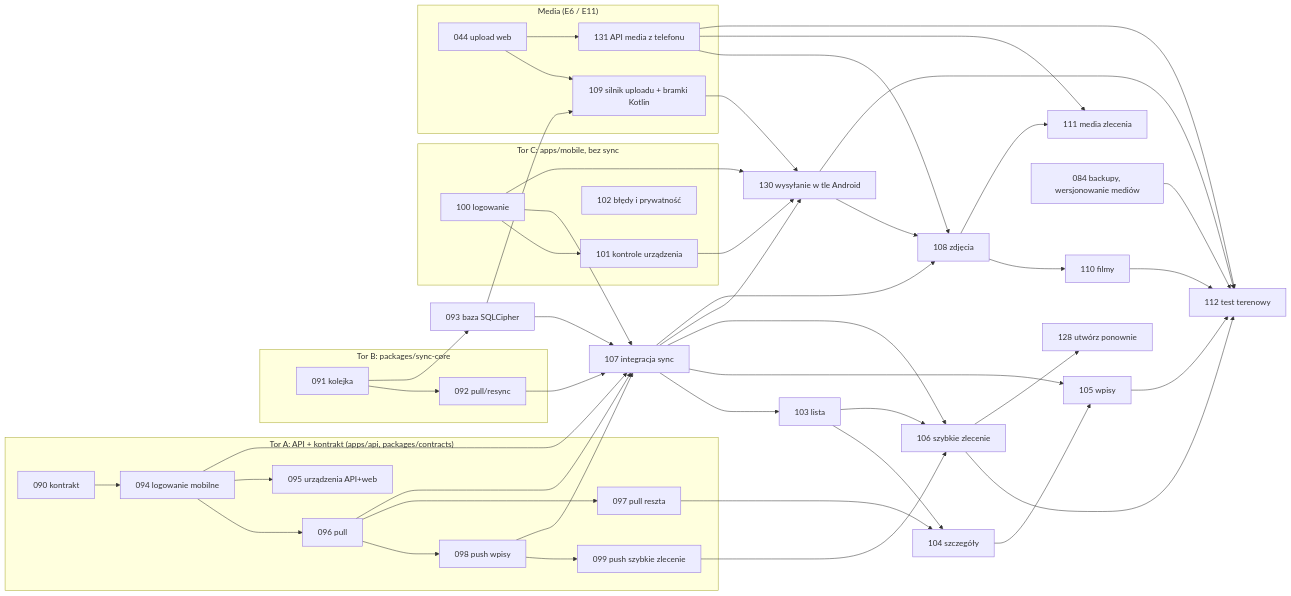
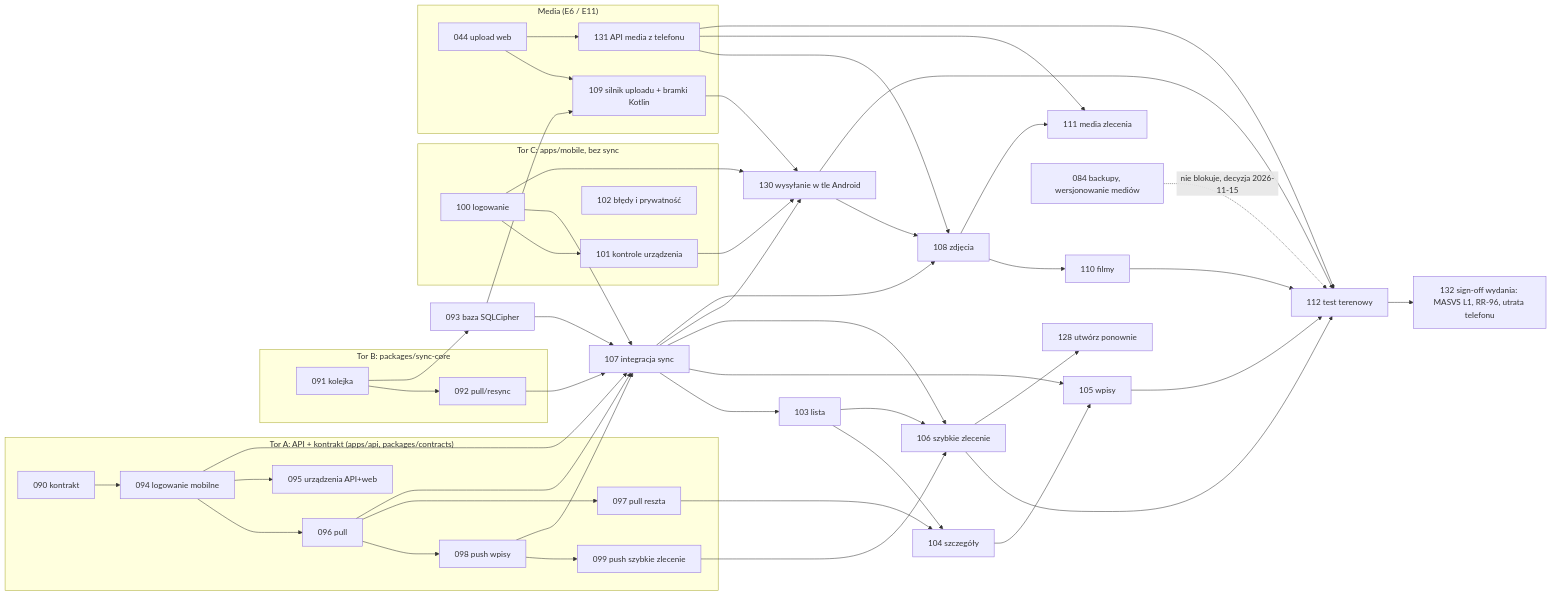
Before and after one commit to konradkluz/evia-manager: the diagram in docs/backlog/M2/README.md, drawn with Mermaid. The commit also changed other lines of this file and 3 other files, not shown here.

First line of the commit message:
docs(backlog): EVM-110 refined to eight criteria, EVM-112 split into the field test and the release sign-off EVM-132 [EVM-110]

````diff
--- a/docs/backlog/M2/README.md
+++ b/docs/backlog/M2/README.md
@@ -63,37 +64,38 @@
 ```mermaid
 flowchart LR
   subgraph A["Tor A: API + kontrakt (apps/api, packages/contracts)"]
     E090[090 kontrakt] --> E094[094 logowanie mobilne]
     E094 --> E096[096 pull]
     E096 --> E098[098 push wpisy]
     E094 --> E095[095 urządzenia API+web]
     E096 --> E097[097 pull reszta]
     E098 --> E099[099 push szybkie zlecenie]
   end
   subgraph B["Tor B: packages/sync-core"]
     E091[091 kolejka] --> E092[092 pull/resync]
   end
   subgraph C["Tor C: apps/mobile, bez sync"]
     E100[100 logowanie] --> E101[101 kontrole urządzenia]
     E102[102 błędy i prywatność]
   end
   E091 --> E093[093 baza SQLCipher]
   E092 & E093 & E094 & E096 & E098 & E100 --> E107[107 integracja sync]
   E107 --> E103[103 lista] --> E104[104 szczegóły]
   E097 --> E104
   E104 & E107 --> E105[105 wpisy]
   E099 & E103 & E107 --> E106[106 szybkie zlecenie]
   subgraph E6["Media (E6 / E11)"]
     E044[044 upload web] --> E109[109 silnik uploadu + bramki Kotlin]
     E044 --> E131[131 API media z telefonu]
   end
   E093 --> E109
   E109 & E100 & E101 & E107 --> E130[130 wysyłanie w tle Android]
   E107 & E130 & E131 --> E108[108 zdjęcia]
   E108 --> E110[110 filmy] --> E112[112 test terenowy]
   E108 & E131 --> E111[111 media zlecenia]
-  E084[084 backupy, wersjonowanie mediów] --> E112
+  E084[084 backupy, wersjonowanie mediów] -.->|nie blokuje, decyzja 2026-11-15| E112
   E130 & E131 --> E112
   E105 & E106 --> E112
+  E112 --> E132[132 sign-off wydania: MASVS L1, RR-96, utrata telefonu]
   E106 --> E128[128 utwórz ponownie]
 ```
````
